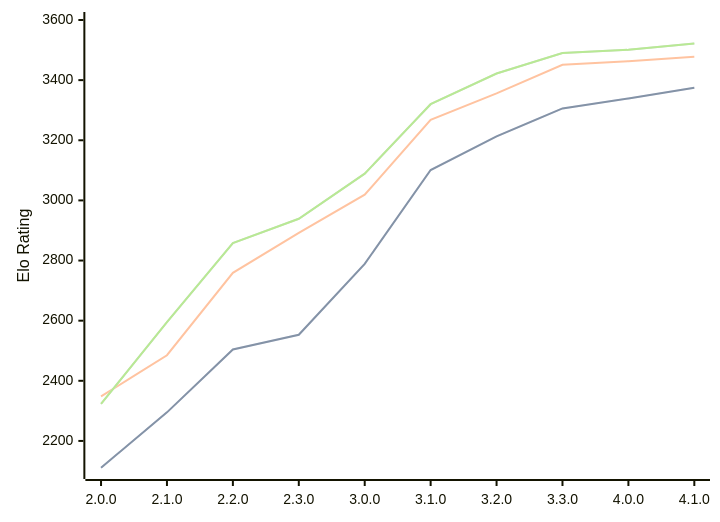
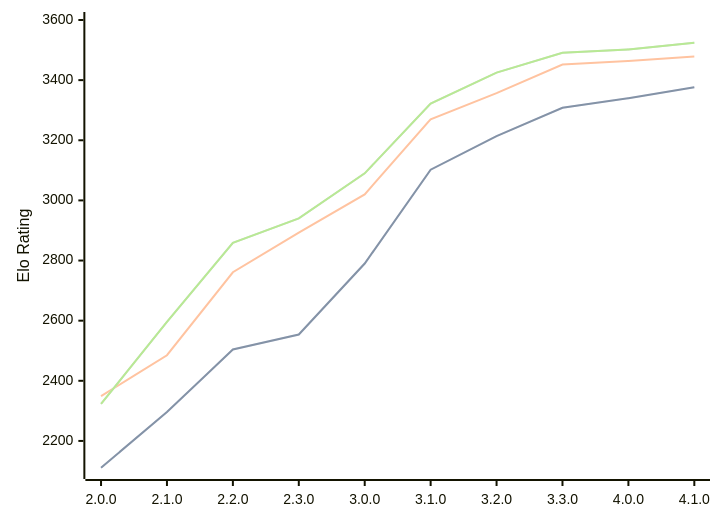
Before and after one commit to computer-chess-index/cci: the diagram in engines/Raphael.md, drawn with Mermaid. The commit also changed other lines of this file, not shown here.

Commit message:
Update CCI Ratings (ELO VLTC) - 2026-06-11

````diff
--- a/engines/Raphael.md
+++ b/engines/Raphael.md
@@ -52,11 +52,11 @@
 ```mermaid
 %%{init: {"theme":"base","themeVariables":{"seriesColors:['#a3a3a3','#222221','#faa371']}}}%%
 xychart-beta
   x-axis ["2.0.0", "2.1.0", "2.2.0", "2.3.0", "3.0.0", "3.1.0", "3.2.0", "3.3.0", "4.0.0", "4.1.0"]
   y-axis "Elo Rating" 2100 --> 3600
-  line "STC (8.0+0.08s)" [2111, 2295, 2504, 2553, 2789, 3101, 3213, 3306, 3339, 3375]
-  line "STC (8.0+0.08s)" [2111, 2295, 2504, 2553, 2789, 3101, 3213, 3306, 3339, 3375]
-  line "LTC (60.0+0.60s)" [2348, 2485, 2759, 2892, 3019, 3268, 3356, 3451, 3463, 3478]
-  line "VLTC (2m24s+1.12s)" [2323, 2595, 2858, 2939, 3089, 3320, 3422, 3490, 3501, 3522]
-  line "VLTC (2m24s+1.12s)" [2323, 2595, 2858, 2939, 3089, 3320, 3422, 3490, 3501, 3522]
+  line "STC (8.0+0.08s)" [2111, 2296, 2504, 2554, 2790, 3102, 3214, 3308, 3340, 3376]
+  line "STC (8.0+0.08s)" [2111, 2296, 2504, 2554, 2790, 3102, 3214, 3308, 3340, 3376]
+  line "LTC (60.0+0.60s)" [2349, 2485, 2761, 2893, 3020, 3270, 3357, 3452, 3464, 3479]
+  line "VLTC (2m24s+1.12s)" [2323, 2596, 2859, 2940, 3090, 3322, 3425, 3491, 3502, 3524]
+  line "VLTC (2m24s+1.12s)" [2323, 2596, 2859, 2940, 3090, 3322, 3425, 3491, 3502, 3524]
 ```
````
